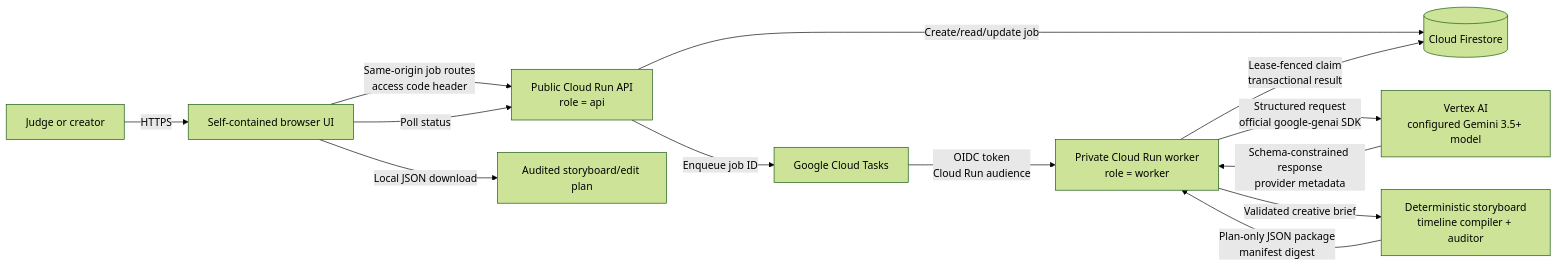
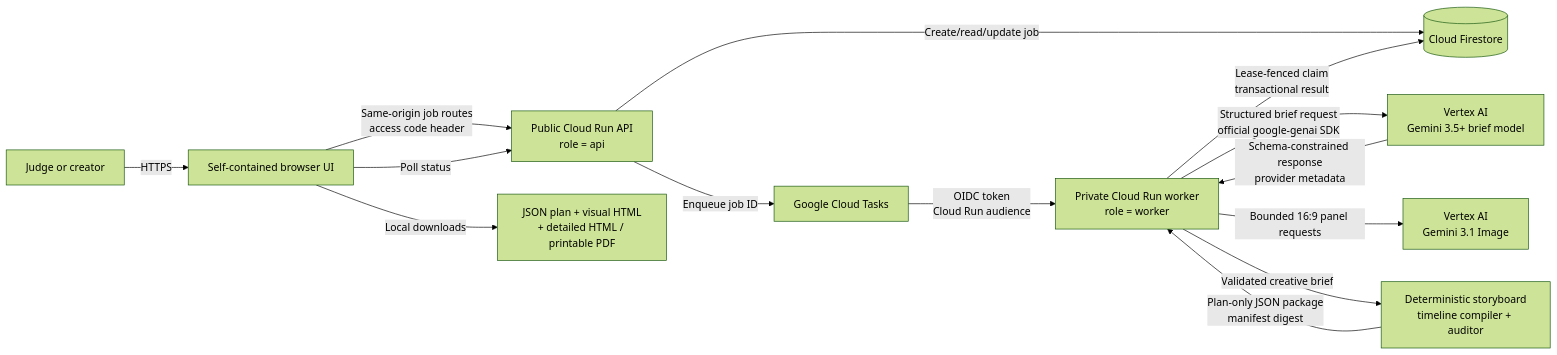
One commit to rmcmurrer81/video-studio-production-director changed the first of 2 diagrams in docs/ARCHITECTURE.md. Above: the diagram before and after it, drawn with Mermaid (forest theme). The commit also changed other lines of this file and 14 other files, not shown here.

Commit message:
Add verified visual storyboard release

````diff
--- a/docs/ARCHITECTURE.md
+++ b/docs/ARCHITECTURE.md
@@ -5,15 +5,16 @@
 ```mermaid
 flowchart LR
     User[Judge or creator] -->|HTTPS| UI[Self-contained browser UI]
     UI -->|Same-origin job routes<br/>access code header| API[Public Cloud Run API<br/>role = api]
     API -->|Create/read/update job| DB[(Cloud Firestore)]
     API -->|Enqueue job ID| Queue[Google Cloud Tasks]
     Queue -->|OIDC token<br/>Cloud Run audience| Worker[Private Cloud Run worker<br/>role = worker]
     Worker -->|Lease-fenced claim<br/>transactional result| DB
-    Worker -->|Structured request<br/>official google-genai SDK| Vertex[Vertex AI<br/>configured Gemini 3.5+ model]
+    Worker -->|Structured brief request<br/>official google-genai SDK| Vertex[Vertex AI<br/>Gemini 3.5+ brief model]
+    Worker -->|Bounded 16:9 panel requests| ImageModel[Vertex AI<br/>Gemini 3.1 Image]
     Vertex -->|Schema-constrained response<br/>provider metadata| Worker
     Worker -->|Validated creative brief| Compiler[Deterministic storyboard<br/>timeline compiler + auditor]
     Compiler -->|Plan-only JSON package<br/>manifest digest| Worker
     UI -->|Poll status| API
-    UI -->|Local JSON download| Package[Audited storyboard/edit plan]
+    UI -->|Local downloads| Package[JSON plan + visual HTML<br/>+ detailed HTML / printable PDF]
 ```
````
